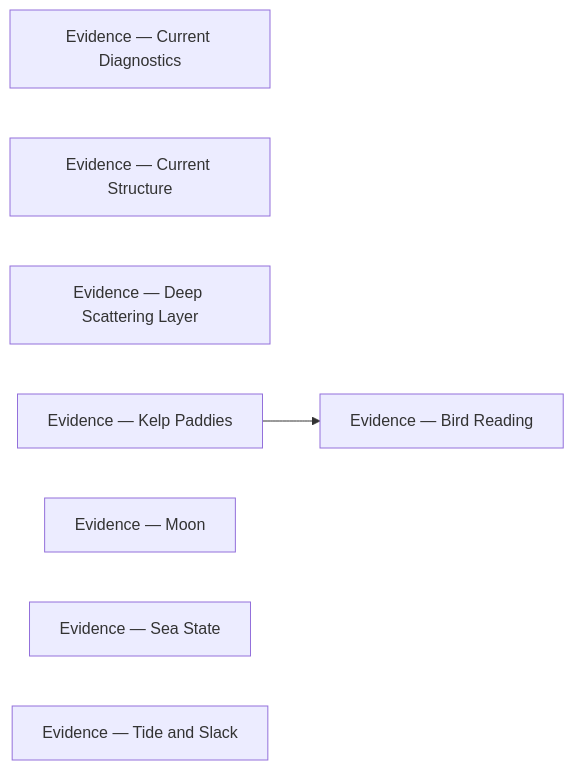
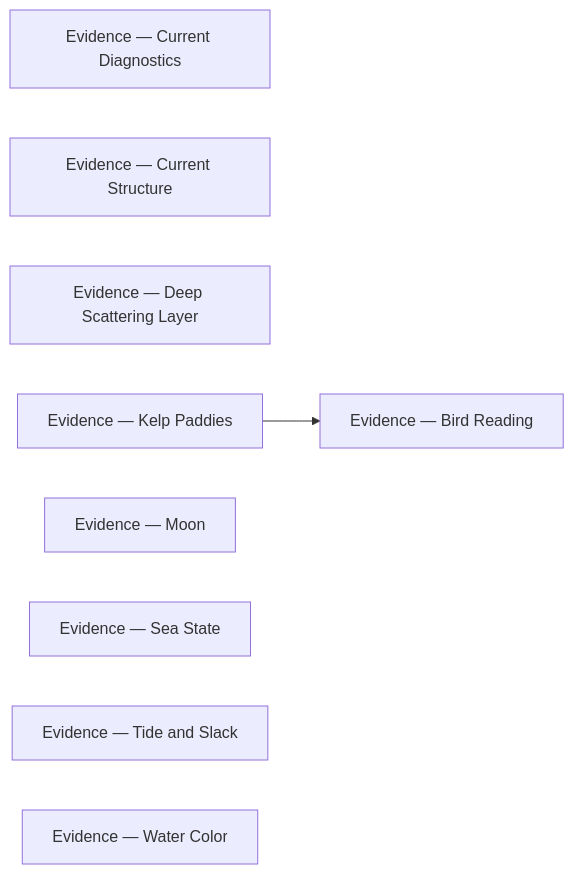
Before and after one commit to camchuckpete-max/Socal-Fishing-Knowledge: the diagram in conditions/evidence/README.md, drawn with Mermaid. The commit also changed other lines of this file and 4 other files, not shown here.

````diff
--- a/conditions/evidence/README.md
+++ b/conditions/evidence/README.md
@@ -21,12 +22,13 @@
 ```mermaid
 graph LR
   n0["Evidence — Bird Reading"]
   n1["Evidence — Current Diagnostics"]
   n2["Evidence — Current Structure"]
   n3["Evidence — Deep Scattering Layer"]
   n4["Evidence — Kelp Paddies"]
   n5["Evidence — Moon"]
   n6["Evidence — Sea State"]
   n7["Evidence — Tide and Slack"]
+  n8["Evidence — Water Color"]
   n4 --> n0
 ```
````
